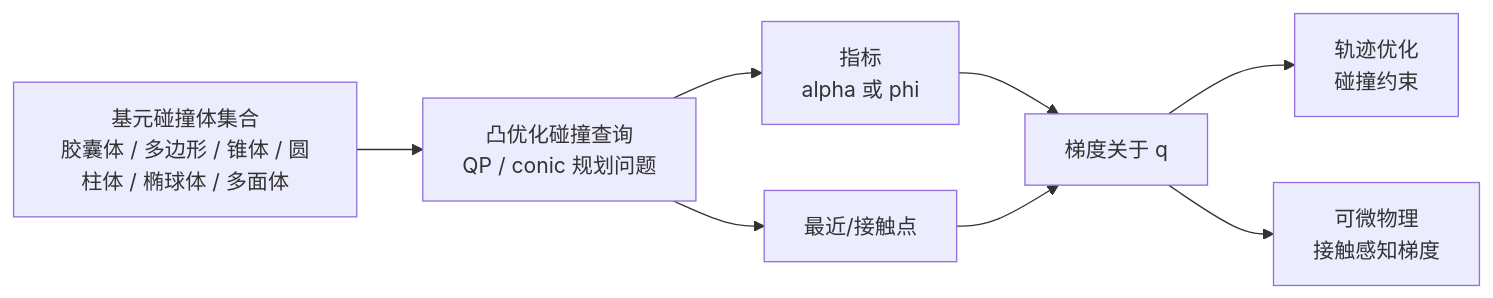
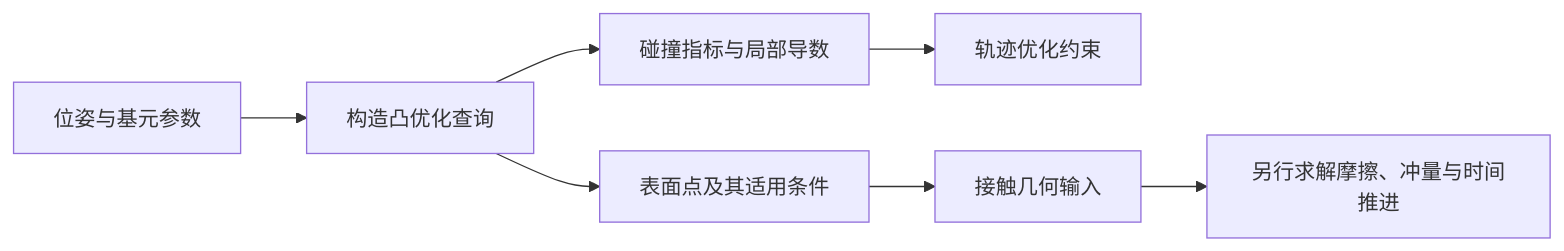
The diagram in wiki/concepts/DifferentiableCollisionDetection.md (niuverse/llm-wiki), drawn with Mermaid before and after one commit. The commit also changed other lines of this file and 317 other files, not shown here.

````diff
--- a/wiki/concepts/DifferentiableCollisionDetection.md
+++ b/wiki/concepts/DifferentiableCollisionDetection.md
@@ -52,10 +70,9 @@
 ```mermaid
 flowchart LR
-  A["基元碰撞体集合<br/>胶囊体 / 多边形 / 锥体 / 圆柱体 / 椭球体 / 多面体"] --> B["凸优化碰撞查询<br/>QP / conic 规划问题"]
-  B --> C["指标<br/>alpha 或 phi"]
-  B --> D["最近/接触点"]
-  C --> E["梯度关于 q"]
-  D --> E
-  E --> F["轨迹优化<br/>碰撞约束"]
-  E --> G["可微物理<br/>接触感知梯度"]
+  A[位姿与基元参数] --> B[构造凸优化查询]
+  B --> C[碰撞指标与局部导数]
+  B --> D[表面点及其适用条件]
+  C --> E[轨迹优化约束]
+  D --> F[接触几何输入]
+  F --> G[另行求解摩擦、冲量与时间推进]
 ```
````
